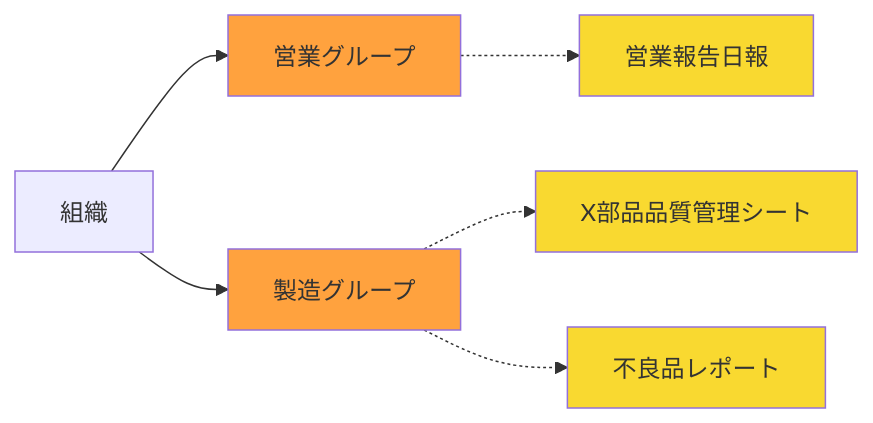
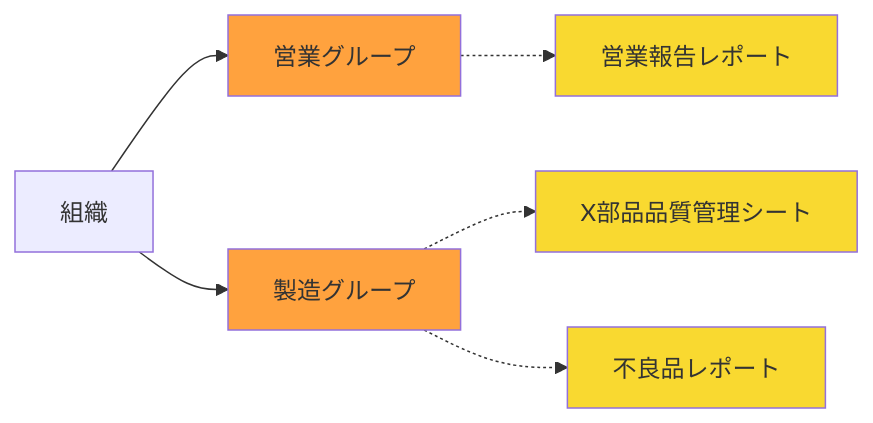
Before and after one commit to sndbox-llc/hugo_nipo_plus: the diagram in content/ja/docs/manual/initial-setting/template/_about/index.md, drawn with Mermaid. The commit also changed other lines of this file and 65 other files, not shown here.

```diff
--- a/content/ja/docs/manual/initial-setting/template/_about/index.md
+++ b/content/ja/docs/manual/initial-setting/template/_about/index.md
@@ -32,11 +32,11 @@
 {{<mermaid align="center">}}
 graph LR;
   classDef class2 fill:#ffa23e
   classDef class1 fill:#66cdaa
   classDef class3 fill:#f9d930
   組織 --> 営業グループ:::class2
   組織 --> 製造グループ:::class2
   製造グループ .-> X部品品質管理シート:::class3
   製造グループ .-> 不良品レポート:::class3
-  営業グループ .-> 営業報告日報:::class3
+  営業グループ .-> 営業報告レポート:::class3
 {{< /mermaid >}}
```
